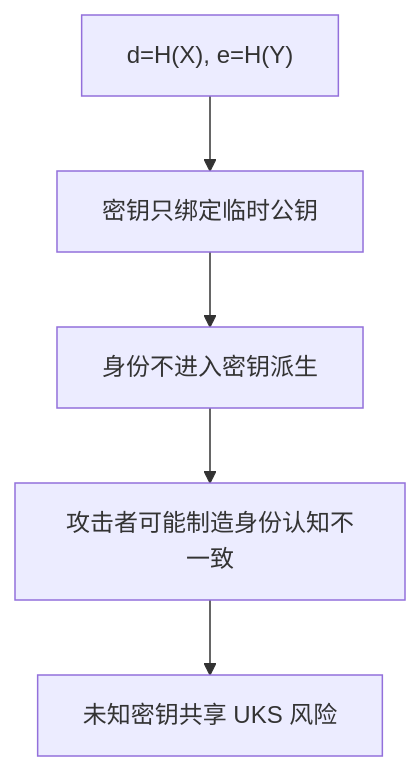
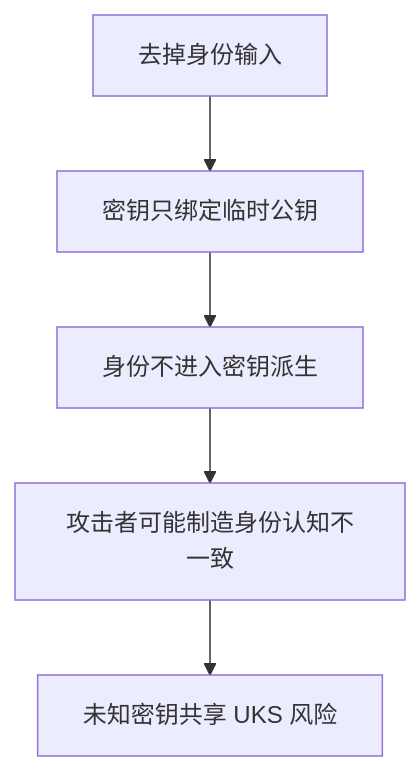
The eighth of 21 diagrams in 大三下/密码协议/密码协议期末复习-Obsidian视觉版.md (22mouseok-crypto/obsidian-vault), drawn with Mermaid before and after one commit. The commit also changed other lines of this file, not shown here.

````diff
--- a/大三下/密码协议/密码协议期末复习-Obsidian视觉版.md
+++ b/大三下/密码协议/密码协议期末复习-Obsidian视觉版.md
@@ -334,7 +344,7 @@
 ```mermaid
 flowchart TD
-    A["d=H(X), e=H(Y)"] --> B[密钥只绑定临时公钥]
+    A[去掉身份输入] --> B[密钥只绑定临时公钥]
     B --> C[身份不进入密钥派生]
     C --> D[攻击者可能制造身份认知不一致]
     D --> E[未知密钥共享 UKS 风险]
 ```
````
